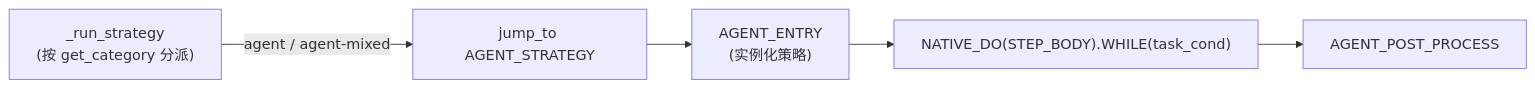
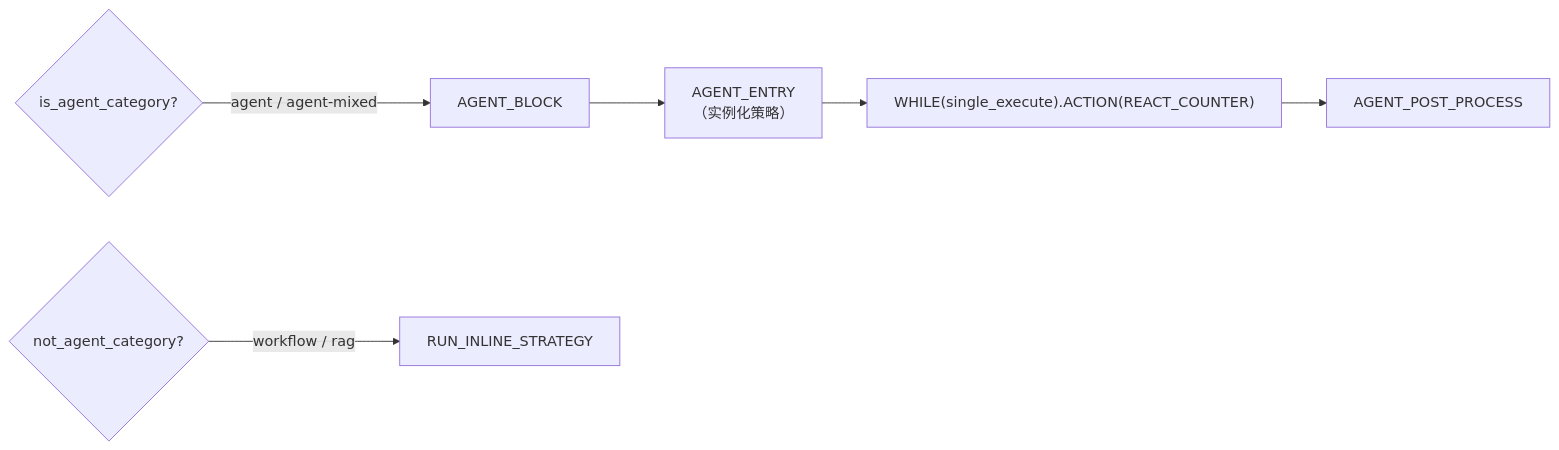
One commit to AmritaBot/AmritaCore changed the second of 2 diagrams in docs/docs/zh/guide/advanced/workflow-engine.md. Above: the diagram before and after it, drawn with Mermaid. The commit also changed other lines of this file and 239 other files, not shown here.

````diff
--- a/docs/docs/zh/guide/advanced/workflow-engine.md
+++ b/docs/docs/zh/guide/advanced/workflow-engine.md
@@ -22,7 +33,8 @@
 ```mermaid
 flowchart LR
-    S["_run_strategy<br/>(按 get_category 分派)"] -->|agent / agent-mixed| J["jump_to AGENT_STRATEGY"]
-    J --> K["AGENT_ENTRY<br/>(实例化策略)"]
-    K --> L["NATIVE_DO(STEP_BODY).WHILE(task_cond)"]
+    G1{"is_agent_category?"} -->|agent / agent-mixed| AB["AGENT_BLOCK"]
+    G2{"not_agent_category?"} -->|workflow / rag| IN["RUN_INLINE_STRATEGY"]
+    AB --> K["AGENT_ENTRY<br/>（实例化策略）"]
+    K --> L["WHILE(single_execute).ACTION(REACT_COUNTER)"]
     L --> M["AGENT_POST_PROCESS"]
 ```
````
